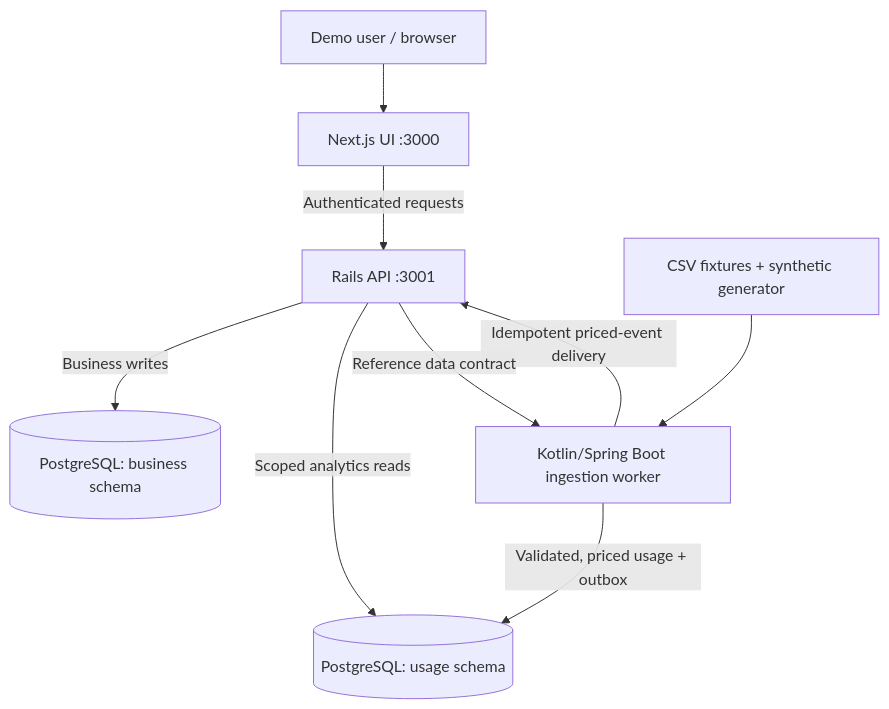
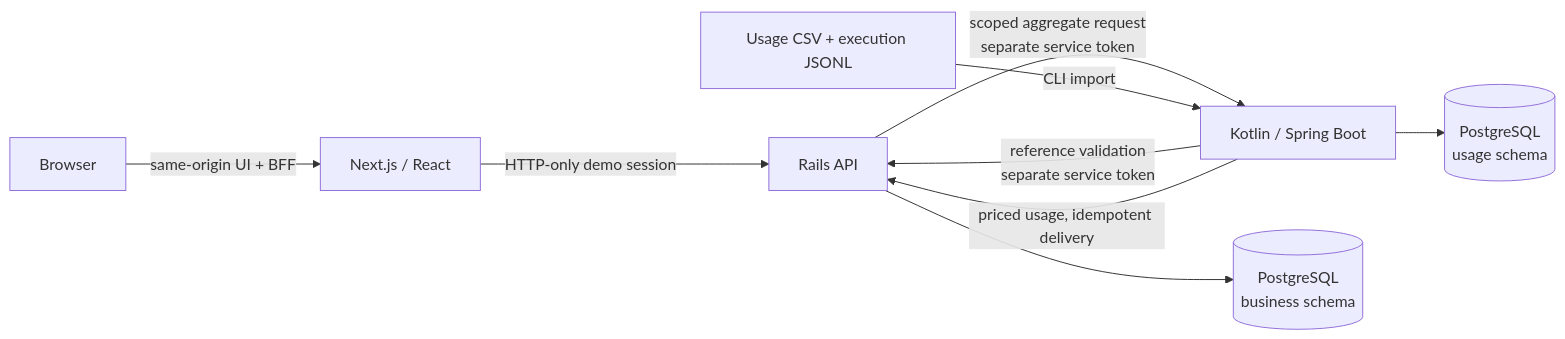
The diagram in README.md (aymaanalamgir/tokentrack), drawn with Mermaid before and after one commit. The commit also changed other lines of this file, not shown here.

````diff
--- a/README.md
+++ b/README.md
@@ -103,12 +37,11 @@
 ```mermaid
-flowchart TB
-    Person["Demo user / browser"] --> Web["Next.js UI :3000"]
-    Web -->|Authenticated requests| Rails["Rails API :3001"]
-    Rails -->|Business writes| Business[("PostgreSQL: business schema")]
-    Rails -->|Scoped analytics reads| Usage[("PostgreSQL: usage schema")]
-
-    Fixtures["CSV fixtures + synthetic generator"] --> Worker["Kotlin/Spring Boot ingestion worker"]
-    Worker -->|Validated, priced usage + outbox| Usage
-    Worker -->|Idempotent priced-event delivery| Rails
-    Rails -->|Reference data contract| Worker
+flowchart LR
+  Browser[Browser] -->|same-origin UI + BFF| Web[Next.js / React]
+  Web -->|HTTP-only demo session| Rails[Rails API]
+  Rails -->|scoped aggregate request<br/>separate service token| Kotlin[Kotlin / Spring Boot]
+  Kotlin -->|reference validation<br/>separate service token| Rails
+  Fixtures[Usage CSV + execution JSONL] -->|CLI import| Kotlin
+  Kotlin -->|priced usage, idempotent delivery| Rails
+  Rails --> Business[(PostgreSQL<br/>business schema)]
+  Kotlin --> Usage[(PostgreSQL<br/>usage schema)]
 ```
````
